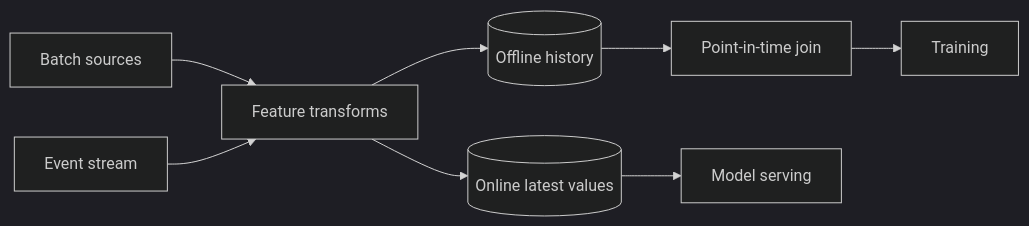
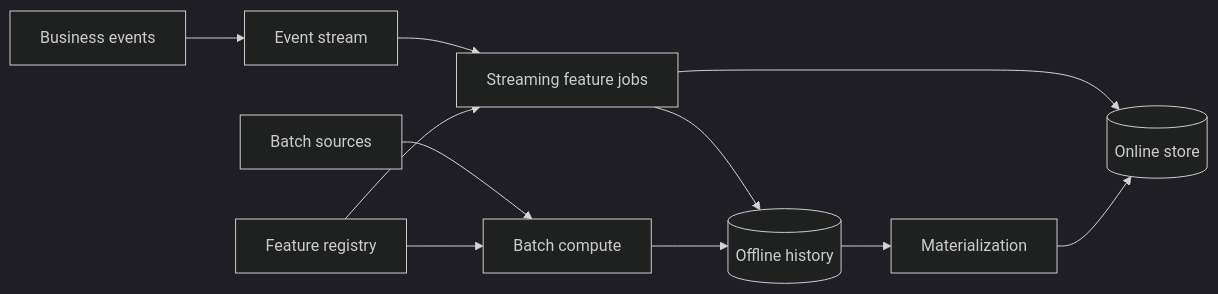
The diagram in src/content/blog/system-design/feature-store.md (yangzichao/www), drawn with Mermaid (dark theme) before and after one commit. The commit also changed other lines of this file and 18 other files, not shown here.

Commit message:
refactor: Revise URL Shortener design document to enhance clarity and detail on system evolution, API specifications, and architectural considerations

````diff
--- a/src/content/blog/system-design/feature-store.md
+++ b/src/content/blog/system-design/feature-store.md
@@ -78,10 +229,13 @@
 ```mermaid
 flowchart LR
-  B[Batch sources] --> T[Feature transforms]
-  E[Event stream] --> T
-  T --> O[(Offline history)]
-  T --> N[(Online latest values)]
-  O --> J[Point-in-time join]
-  J --> M[Training]
-  N --> S[Model serving]
+  E[Business events] --> K[Event stream]
+  K --> F[Streaming feature jobs]
+  F --> O[(Online store)]
+  F --> H[(Offline history)]
+  B[Batch sources] --> C[Batch compute]
+  C --> H
+  H --> M[Materialization]
+  M --> O
+  R[Feature registry] --> F
+  R --> C
 ```
````
